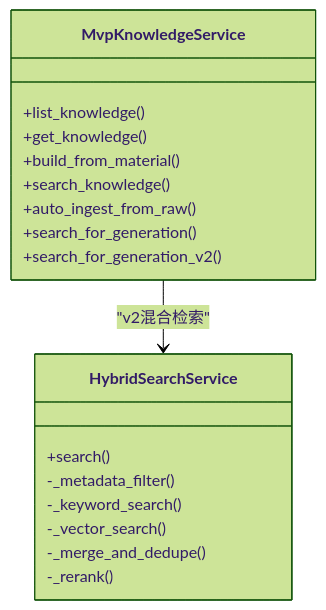
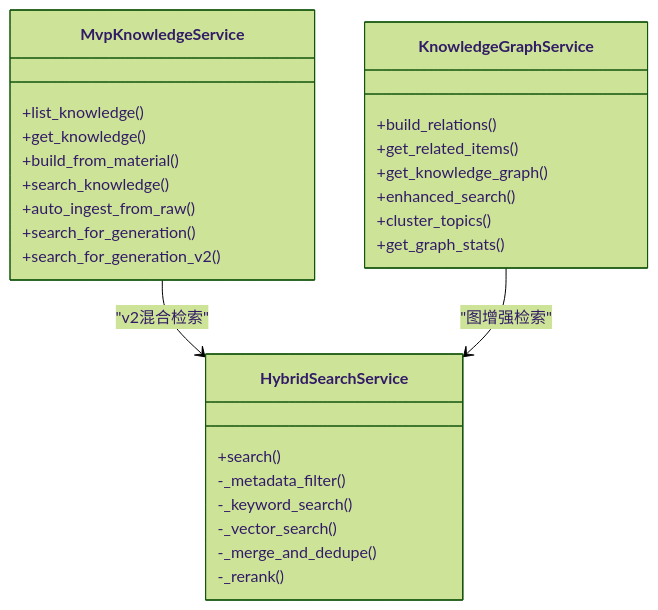
One commit to dream-ze/AI_huoke- changed the fifth of 9 diagrams in .qoder/repowiki/zh/content/AI内容处理系统/MVP搜索检索系统.md. Above: the diagram before and after it, drawn with Mermaid (forest theme). The commit also changed other lines of this file and 220 other files, not shown here.

````diff
--- a/.qoder/repowiki/zh/content/AI内容处理系统/MVP搜索检索系统.md
+++ b/.qoder/repowiki/zh/content/AI内容处理系统/MVP搜索检索系统.md
@@ -180,21 +193,30 @@
 ```mermaid
 classDiagram
 class MvpKnowledgeService {
 +list_knowledge()
 +get_knowledge()
 +build_from_material()
 +search_knowledge()
 +auto_ingest_from_raw()
 +search_for_generation()
 +search_for_generation_v2()
 }
 class HybridSearchService {
 +search()
 -_metadata_filter()
 -_keyword_search()
 -_vector_search()
 -_merge_and_dedupe()
 -_rerank()
 }
+class KnowledgeGraphService {
++build_relations()
++get_related_items()
++get_knowledge_graph()
++enhanced_search()
++cluster_topics()
++get_graph_stats()
+}
 MvpKnowledgeService --> HybridSearchService : "v2混合检索"
+KnowledgeGraphService --> HybridSearchService : "图增强检索"
 ```
````
